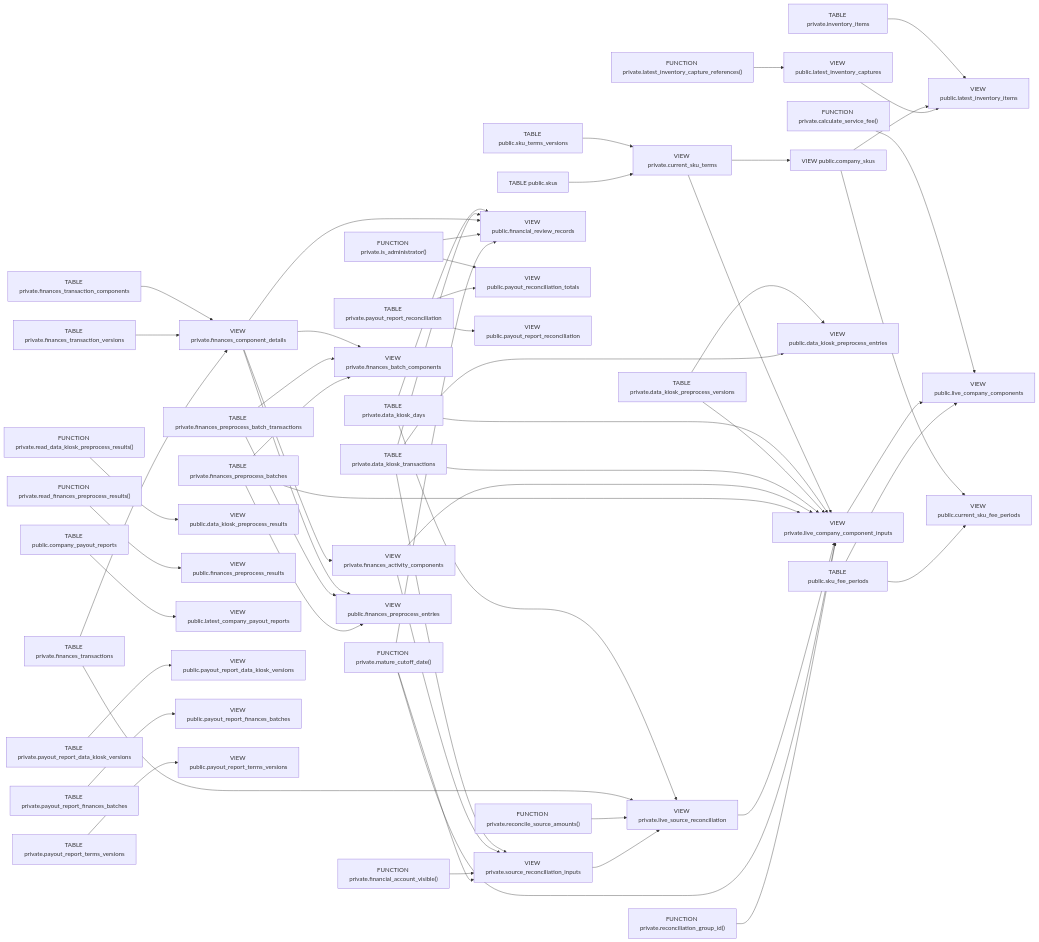
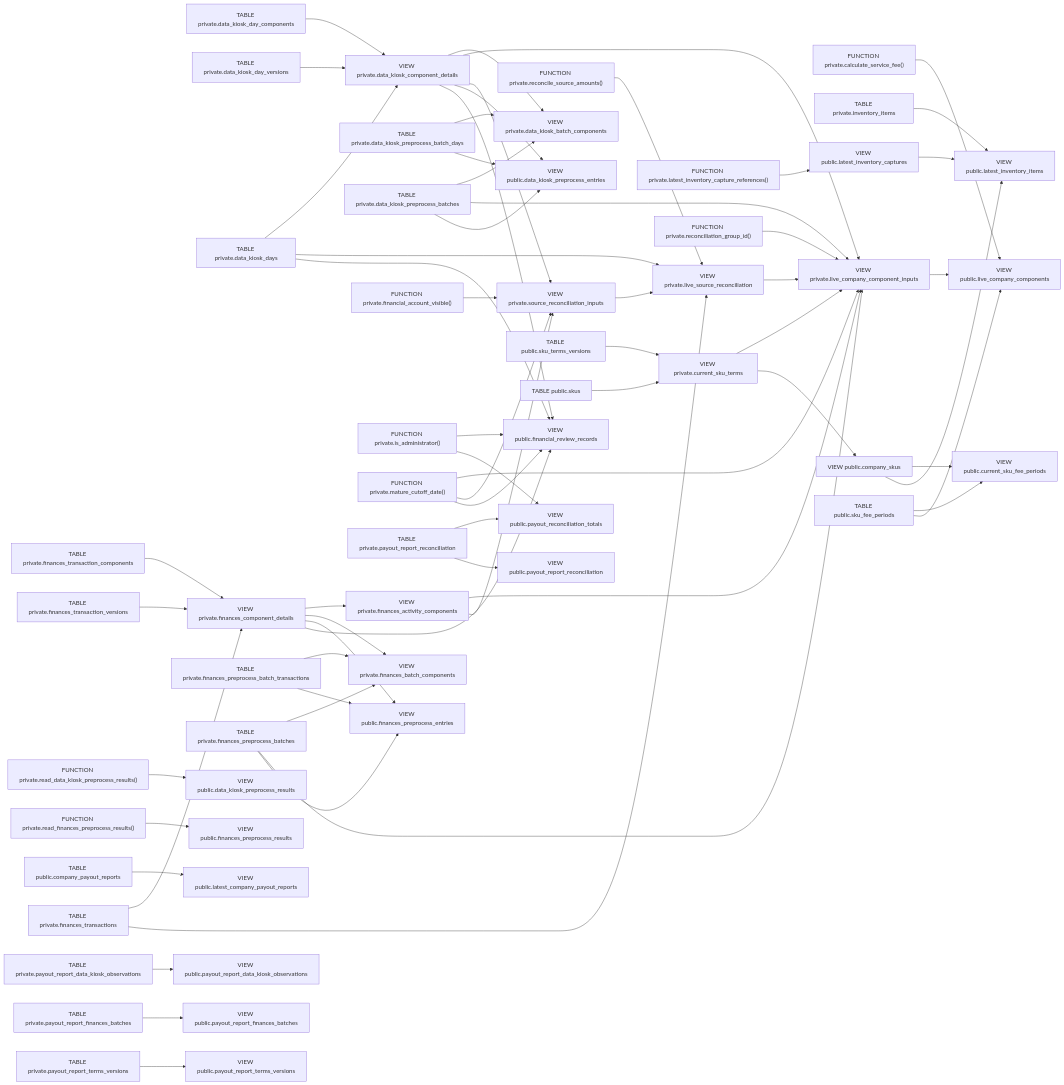
One commit to qwercxzsda/A-SelBox changed the diagram in docs/figures/database/11-views.mmd. Above: the diagram before and after it, drawn with Mermaid. The commit also changed 127 other files, not shown here.

First line of the commit message:
refactor: rebuild Data Kiosk around reusable immutable day versions

```diff
--- a/docs/figures/database/11-views.mmd
+++ b/docs/figures/database/11-views.mmd
@@ -1,105 +1,115 @@
 flowchart LR
     private_calculate_service_fee__["FUNCTION private.calculate_service_fee()"]
     private_current_sku_terms["VIEW private.current_sku_terms"]
+    private_data_kiosk_batch_components["VIEW private.data_kiosk_batch_components"]
+    private_data_kiosk_component_details["VIEW private.data_kiosk_component_details"]
+    private_data_kiosk_day_components["TABLE private.data_kiosk_day_components"]
+    private_data_kiosk_day_versions["TABLE private.data_kiosk_day_versions"]
     private_data_kiosk_days["TABLE private.data_kiosk_days"]
-    private_data_kiosk_preprocess_versions["TABLE private.data_kiosk_preprocess_versions"]
-    private_data_kiosk_transactions["TABLE private.data_kiosk_transactions"]
+    private_data_kiosk_preprocess_batch_days["TABLE private.data_kiosk_preprocess_batch_days"]
+    private_data_kiosk_preprocess_batches["TABLE private.data_kiosk_preprocess_batches"]
     private_finances_activity_components["VIEW private.finances_activity_components"]
     private_finances_batch_components["VIEW private.finances_batch_components"]
     private_finances_component_details["VIEW private.finances_component_details"]
     private_finances_preprocess_batch_transactions["TABLE private.finances_preprocess_batch_transactions"]
     private_finances_preprocess_batches["TABLE private.finances_preprocess_batches"]
     private_finances_transaction_components["TABLE private.finances_transaction_components"]
     private_finances_transaction_versions["TABLE private.finances_transaction_versions"]
     private_finances_transactions["TABLE private.finances_transactions"]
     private_financial_account_visible__["FUNCTION private.financial_account_visible()"]
     private_inventory_items["TABLE private.inventory_items"]
     private_is_administrator__["FUNCTION private.is_administrator()"]
     private_latest_inventory_capture_references__["FUNCTION private.latest_inventory_capture_references()"]
     private_live_company_component_inputs["VIEW private.live_company_component_inputs"]
     private_live_source_reconciliation["VIEW private.live_source_reconciliation"]
     private_mature_cutoff_date__["FUNCTION private.mature_cutoff_date()"]
-    private_payout_report_data_kiosk_versions["TABLE private.payout_report_data_kiosk_versions"]
+    private_payout_report_data_kiosk_observations["TABLE private.payout_report_data_kiosk_observations"]
     private_payout_report_finances_batches["TABLE private.payout_report_finances_batches"]
     private_payout_report_reconciliation["TABLE private.payout_report_reconciliation"]
     private_payout_report_terms_versions["TABLE private.payout_report_terms_versions"]
     private_read_data_kiosk_preprocess_results__["FUNCTION private.read_data_kiosk_preprocess_results()"]
     private_read_finances_preprocess_results__["FUNCTION private.read_finances_preprocess_results()"]
     private_reconcile_source_amounts__["FUNCTION private.reconcile_source_amounts()"]
     private_reconciliation_group_id__["FUNCTION private.reconciliation_group_id()"]
     private_source_reconciliation_inputs["VIEW private.source_reconciliation_inputs"]
     public_company_payout_reports["TABLE public.company_payout_reports"]
     public_company_skus["VIEW public.company_skus"]
     public_current_sku_fee_periods["VIEW public.current_sku_fee_periods"]
     public_data_kiosk_preprocess_entries["VIEW public.data_kiosk_preprocess_entries"]
     public_data_kiosk_preprocess_results["VIEW public.data_kiosk_preprocess_results"]
     public_finances_preprocess_entries["VIEW public.finances_preprocess_entries"]
     public_finances_preprocess_results["VIEW public.finances_preprocess_results"]
     public_financial_review_records["VIEW public.financial_review_records"]
     public_latest_company_payout_reports["VIEW public.latest_company_payout_reports"]
     public_latest_inventory_captures["VIEW public.latest_inventory_captures"]
     public_latest_inventory_items["VIEW public.latest_inventory_items"]
     public_live_company_components["VIEW public.live_company_components"]
     public_payout_reconciliation_totals["VIEW public.payout_reconciliation_totals"]
-    public_payout_report_data_kiosk_versions["VIEW public.payout_report_data_kiosk_versions"]
+    public_payout_report_data_kiosk_observations["VIEW public.payout_report_data_kiosk_observations"]
     public_payout_report_finances_batches["VIEW public.payout_report_finances_batches"]
     public_payout_report_reconciliation["VIEW public.payout_report_reconciliation"]
     public_payout_report_terms_versions["VIEW public.payout_report_terms_versions"]
     public_sku_fee_periods["TABLE public.sku_fee_periods"]
     public_sku_terms_versions["TABLE public.sku_terms_versions"]
     public_skus["TABLE public.skus"]
     public_sku_terms_versions --> private_current_sku_terms
     public_skus --> private_current_sku_terms
+    private_data_kiosk_component_details --> private_data_kiosk_batch_components
+    private_data_kiosk_preprocess_batch_days --> private_data_kiosk_batch_components
+    private_data_kiosk_preprocess_batches --> private_data_kiosk_batch_components
+    private_data_kiosk_day_components --> private_data_kiosk_component_details
+    private_data_kiosk_day_versions --> private_data_kiosk_component_details
+    private_data_kiosk_days --> private_data_kiosk_component_details
     private_finances_component_details --> private_finances_activity_components
     private_finances_component_details --> private_finances_batch_components
     private_finances_preprocess_batch_transactions --> private_finances_batch_components
     private_finances_preprocess_batches --> private_finances_batch_components
     private_finances_transaction_components --> private_finances_component_details
     private_finances_transaction_versions --> private_finances_component_details
     private_finances_transactions --> private_finances_component_details
     private_current_sku_terms --> private_live_company_component_inputs
-    private_data_kiosk_days --> private_live_company_component_inputs
-    private_data_kiosk_preprocess_versions --> private_live_company_component_inputs
-    private_data_kiosk_transactions --> private_live_company_component_inputs
+    private_data_kiosk_component_details --> private_live_company_component_inputs
+    private_data_kiosk_preprocess_batches --> private_live_company_component_inputs
     private_finances_activity_components --> private_live_company_component_inputs
     private_finances_preprocess_batches --> private_live_company_component_inputs
     private_live_source_reconciliation --> private_live_company_component_inputs
     private_mature_cutoff_date__ --> private_live_company_component_inputs
     private_reconciliation_group_id__ --> private_live_company_component_inputs
     private_data_kiosk_days --> private_live_source_reconciliation
     private_finances_transactions --> private_live_source_reconciliation
     private_reconcile_source_amounts__ --> private_live_source_reconciliation
     private_source_reconciliation_inputs --> private_live_source_reconciliation
-    private_data_kiosk_transactions --> private_source_reconciliation_inputs
+    private_data_kiosk_component_details --> private_source_reconciliation_inputs
     private_finances_activity_components --> private_source_reconciliation_inputs
     private_financial_account_visible__ --> private_source_reconciliation_inputs
     private_mature_cutoff_date__ --> private_source_reconciliation_inputs
     private_current_sku_terms --> public_company_skus
     public_company_skus --> public_current_sku_fee_periods
     public_sku_fee_periods --> public_current_sku_fee_periods
-    private_data_kiosk_preprocess_versions --> public_data_kiosk_preprocess_entries
-    private_data_kiosk_transactions --> public_data_kiosk_preprocess_entries
+    private_data_kiosk_component_details --> public_data_kiosk_preprocess_entries
+    private_data_kiosk_preprocess_batch_days --> public_data_kiosk_preprocess_entries
+    private_data_kiosk_preprocess_batches --> public_data_kiosk_preprocess_entries
     private_read_data_kiosk_preprocess_results__ --> public_data_kiosk_preprocess_results
     private_finances_component_details --> public_finances_preprocess_entries
     private_finances_preprocess_batch_transactions --> public_finances_preprocess_entries
     private_finances_preprocess_batches --> public_finances_preprocess_entries
     private_read_finances_preprocess_results__ --> public_finances_preprocess_results
+    private_data_kiosk_component_details --> public_financial_review_records
     private_data_kiosk_days --> public_financial_review_records
-    private_data_kiosk_transactions --> public_financial_review_records
     private_finances_component_details --> public_financial_review_records
     private_is_administrator__ --> public_financial_review_records
     private_mature_cutoff_date__ --> public_financial_review_records
     public_company_payout_reports --> public_latest_company_payout_reports
     private_latest_inventory_capture_references__ --> public_latest_inventory_captures
     private_inventory_items --> public_latest_inventory_items
     public_company_skus --> public_latest_inventory_items
     public_latest_inventory_captures --> public_latest_inventory_items
     private_calculate_service_fee__ --> public_live_company_components
     private_live_company_component_inputs --> public_live_company_components
     public_sku_fee_periods --> public_live_company_components
     private_is_administrator__ --> public_payout_reconciliation_totals
     private_payout_report_reconciliation --> public_payout_reconciliation_totals
-    private_payout_report_data_kiosk_versions --> public_payout_report_data_kiosk_versions
+    private_payout_report_data_kiosk_observations --> public_payout_report_data_kiosk_observations
     private_payout_report_finances_batches --> public_payout_report_finances_batches
     private_payout_report_reconciliation --> public_payout_report_reconciliation
     private_payout_report_terms_versions --> public_payout_report_terms_versions
```
